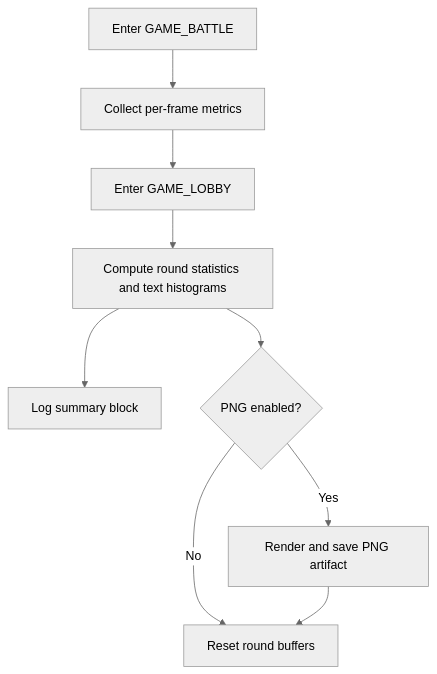
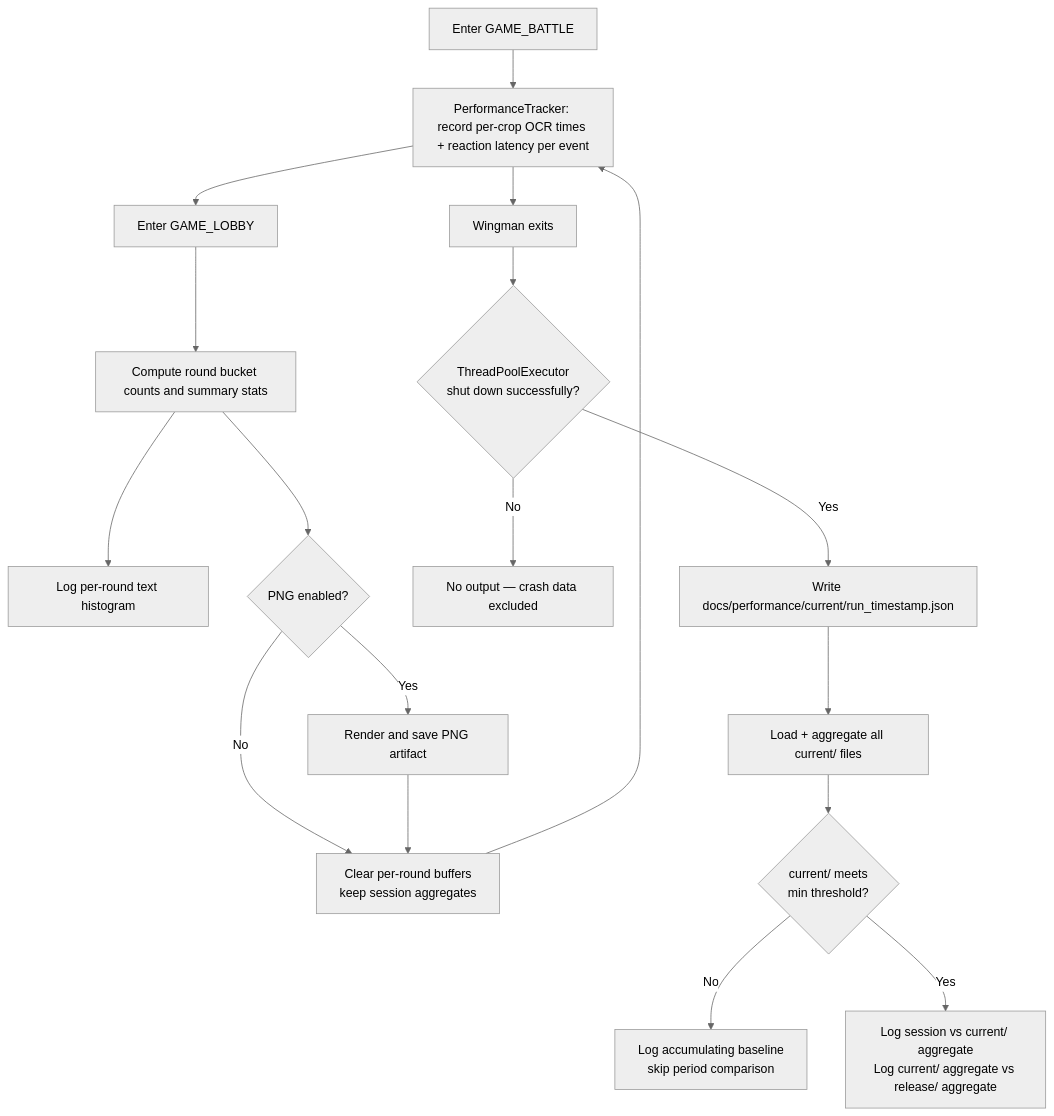
One commit to mhouse1/wingman changed the diagram in docs/adr/031-round-end-histogram-reporting.md. Above: the diagram before and after it, drawn with Mermaid (neutral theme). The commit also changed other lines of this file and 13 other files, not shown here.

Commit message:
implement ADR 031 — per-crop OCR timing and reaction latency tracking to detect regression, generate histogram at the end of session

````diff
--- a/docs/adr/031-round-end-histogram-reporting.md
+++ b/docs/adr/031-round-end-histogram-reporting.md
@@ -109,11 +123,21 @@
 ```mermaid
 flowchart TD
-    A[Enter GAME_BATTLE] --> B[Collect per-frame metrics]
+    A[Enter GAME_BATTLE] --> B[PerformanceTracker: record per-crop OCR times + reaction latency per event]
     B --> C[Enter GAME_LOBBY]
-    C --> D[Compute round statistics and text histograms]
-    D --> E[Log summary block]
+    C --> D[Compute round bucket counts and summary stats]
+    D --> E[Log per-round text histogram]
     D --> F{PNG enabled?}
-    F -->|No| G[Reset round buffers]
+    F -->|No| G[Clear per-round buffers\nkeep session aggregates]
     F -->|Yes| H[Render and save PNG artifact]
     H --> G
+    G --> B
+
+    B --> I[Wingman exits]
+    I --> J{ThreadPoolExecutor\nshut down successfully?}
+    J -->|No| K[No output — crash data excluded]
+    J -->|Yes| N[Write docs/performance/current/run_timestamp.json]
+    N --> O[Load + aggregate all current/ files]
+    O --> P{current/ meets\nmin threshold?}
+    P -->|No| Q[Log accumulating baseline\nskip period comparison]
+    P -->|Yes| R[Log session vs current/ aggregate\nLog current/ aggregate vs release/ aggregate]
 ```
````
